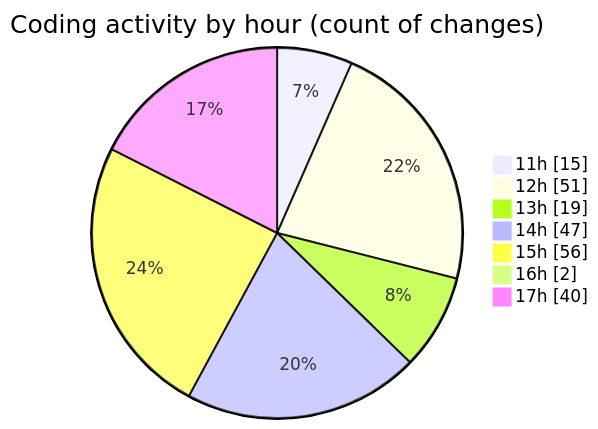
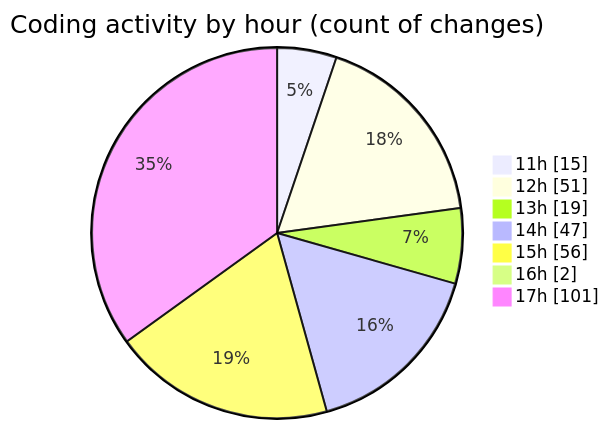
One commit to nxtqubesakshisongat/code-tracking changed the second of 2 diagrams in 2025-04-15/nxtqube_webapp/README.md. Above: the diagram before and after it, drawn with Mermaid. The commit also changed other lines of this file and 1 other file, not shown here.

````diff
--- a/2025-04-15/nxtqube_webapp/README.md
+++ b/2025-04-15/nxtqube_webapp/README.md
@@ -42,11 +44,11 @@
 ```mermaid
 pie showData
 title Coding activity by hour (count of changes)
 "11h" : 15
 "12h" : 51
 "13h" : 19
 "14h" : 47
 "15h" : 56
 "16h" : 2
-"17h" : 40
+"17h" : 101
 ```
````
